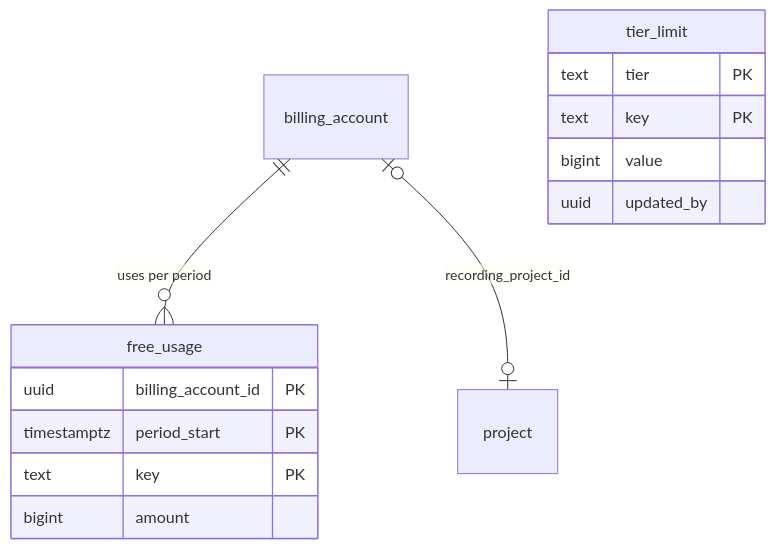
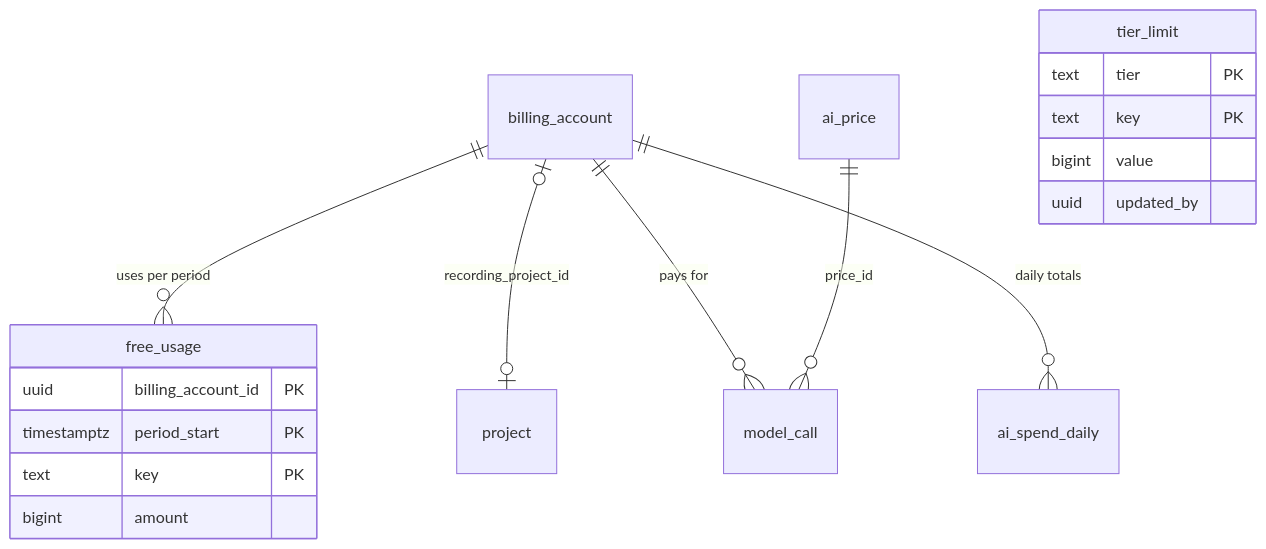
Before and after one commit to Dembrane/echo: the fourth of 4 diagrams in docs/users/developer-internal/free-tier.md, drawn with Mermaid. The commit also changed other lines of this file and 443 other files, not shown here.

````diff
--- a/docs/users/developer-internal/free-tier.md
+++ b/docs/users/developer-internal/free-tier.md
@@ -220,17 +281,20 @@
 ```mermaid
 erDiagram
   billing_account ||--o{ free_usage : "uses per period"
   billing_account |o--o| project : "recording_project_id"
+  billing_account ||--o{ model_call : "pays for"
+  billing_account ||--o{ ai_spend_daily : "daily totals"
+  ai_price ||--o{ model_call : "price_id"
   tier_limit {
     text tier PK
     text key PK
     bigint value
     uuid updated_by
   }
   free_usage {
     uuid billing_account_id PK
     timestamptz period_start PK
     text key PK
     bigint amount
   }
 ```
````
